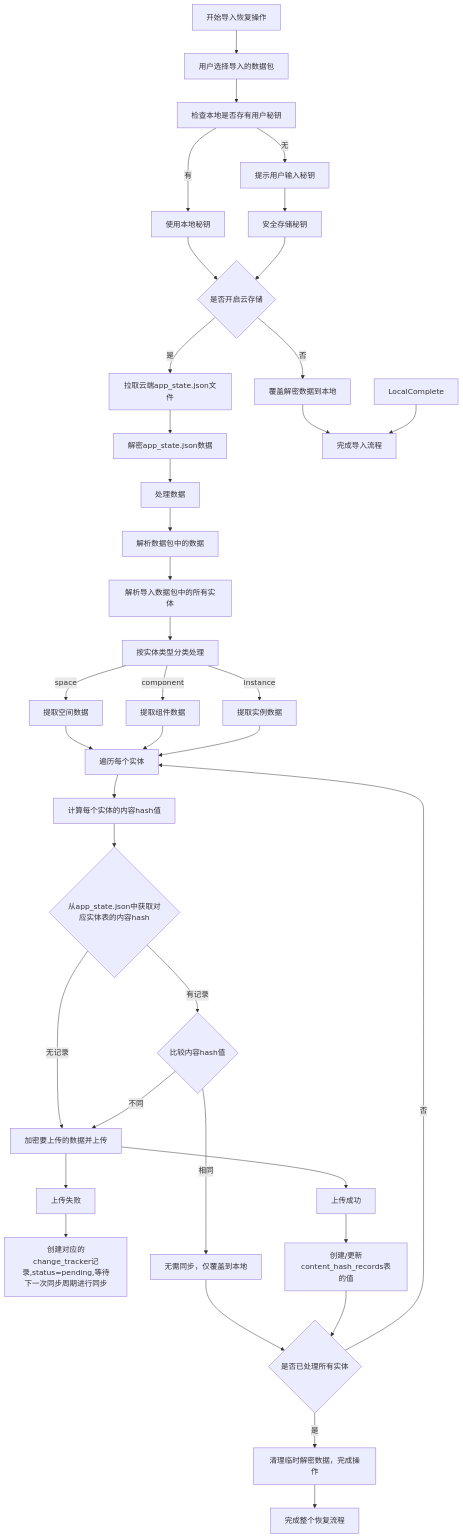
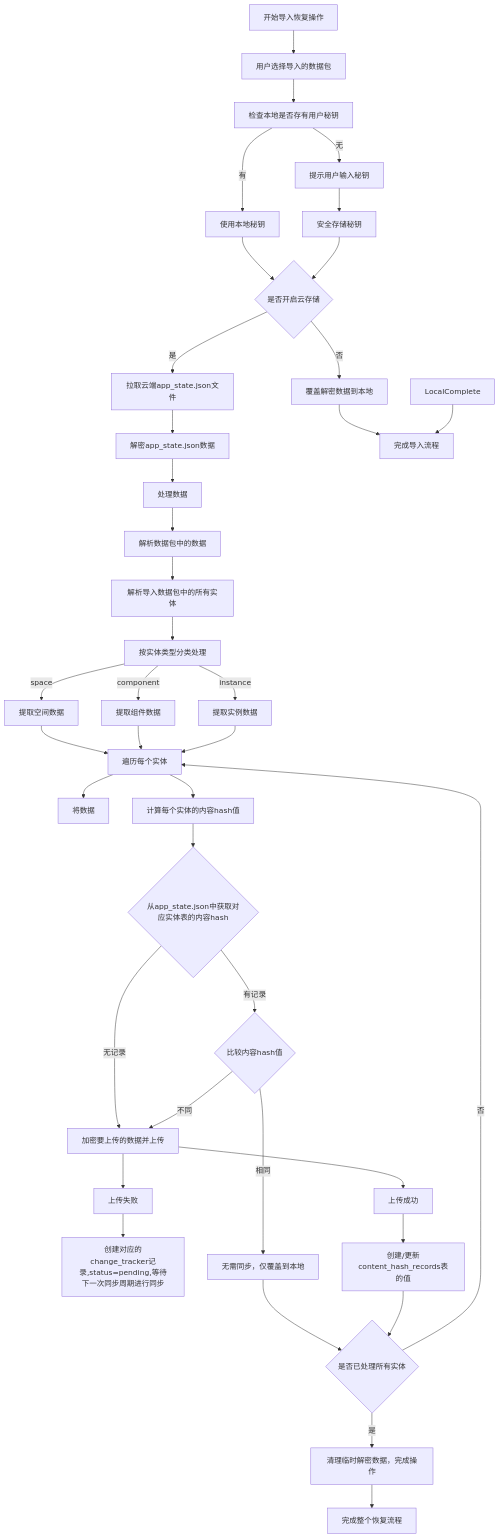
The diagram in all/未命名-47.md (yingjianzh/iodraw-files), drawn with Mermaid before and after one commit.

Commit message:
2025-04-29 15:05:11 update

````diff
--- a/all/未命名-47.md
+++ b/all/未命名-47.md
@@ -1,57 +1,57 @@
 ```mermaid
 flowchart TD
     A[开始导入恢复操作] --> B[用户选择导入的数据包]
     B --> B1[检查本地是否存有用户秘钥]
     
     B1 -->|有| B3[使用本地秘钥]
     B1 -->|无| B4[提示用户输入秘钥]
 
     B4 --> B8[安全存储秘钥]
     B3 --> Check{是否开启云存储}
 
     B8 --> Check
     Check --> |否| LocalOnly[覆盖解密数据到本地]
     
     Check --> |是| Download[拉取云端app_state.json文件]
     Download --> AppState[解密app_state.json数据]
 
     LocalOnly --> Complete[完成导入流程]
     AppState --> Process[处理数据]
 
     Process --> C[解析数据包中的数据]
     
     C --> D[解析导入数据包中的所有实体]
     D --> G[按实体类型分类处理]
     
     G -->|space| H1[提取空间数据]
     G -->|component| H2[提取组件数据]
     G -->|instance| H3[提取实例数据]
     
     H1 --> I[遍历每个实体]
     H2 --> I
     H3 --> I
     
-    I 
+    I --> Save[将数据]
     I --> CalcHash[计算每个实体的内容hash值]
     CalcHash --> L{从app_state.json中获取对应实体表的内容hash}
     
     L -->|无记录| M1[加密要上传的数据并上传]
     M1 --> N1[上传成功]
     M1 --> N2[上传失败]
     
     N2 --> N3[创建对应的change_tracker记录,status=pending,等待下一次同步周期进行同步]
     N1 --> M4[创建/更新content_hash_records表的值]
     LocalComplete --> Complete
 
     L -->|有记录| M2{比较内容hash值}
     M2 -->|相同| M3[无需同步，仅覆盖到本地]
     M2 -->|不同| M1
     
     M3 --> S{是否已处理所有实体}
     M4 --> S
 
     S -->|否| I
     S -->|是| U[清理临时解密数据，完成操作]
 
     U --> V[完成整个恢复流程]
 ```
````
